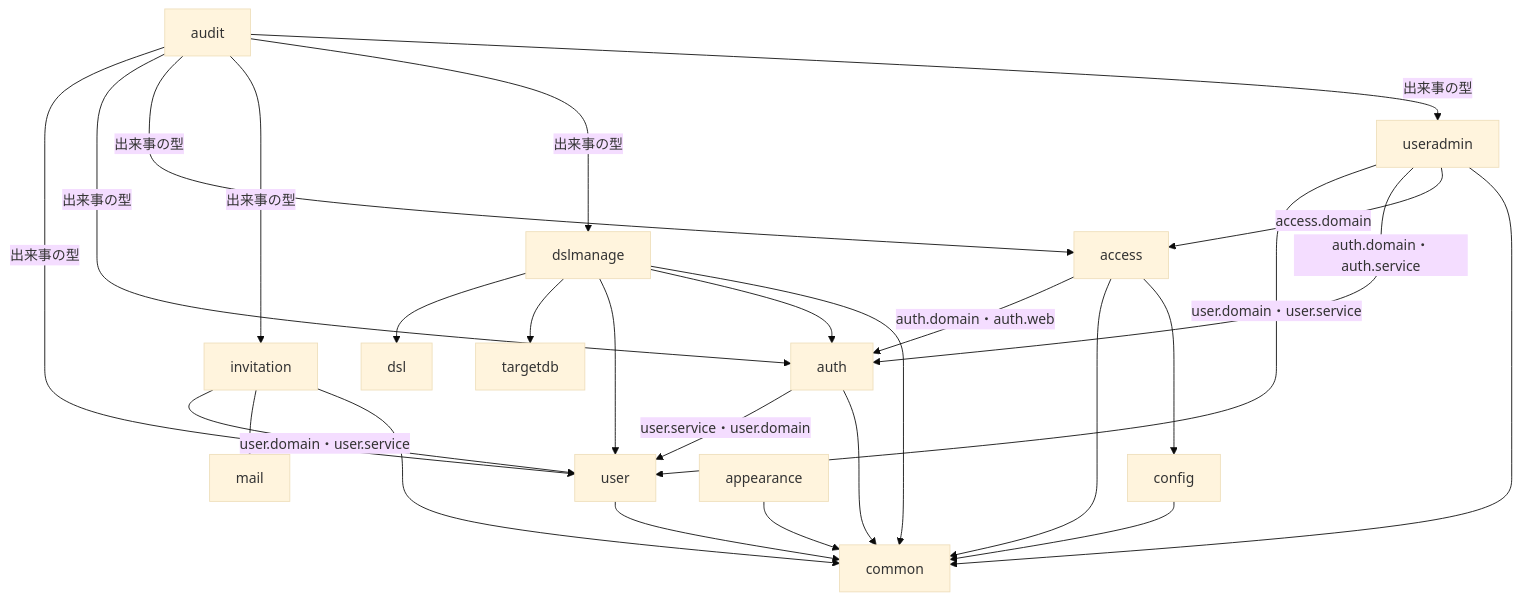
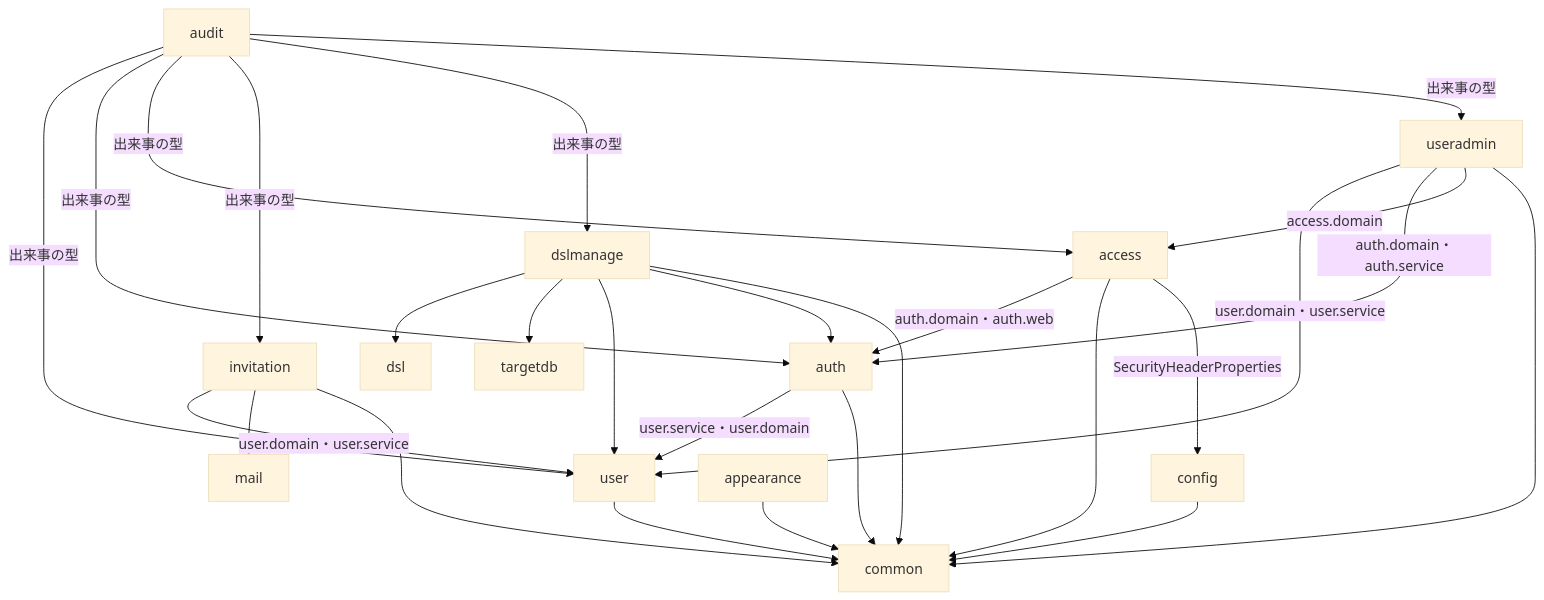
Before and after one commit to agwlvssainokuni/mastersmith2: the diagram in aidlc/spaces/default/codekb/mastersmith2/dependencies.md, drawn with Mermaid (base theme). The commit also changed other lines of this file and 16 other files, not shown here.

````diff
--- a/aidlc/spaces/default/codekb/mastersmith2/dependencies.md
+++ b/aidlc/spaces/default/codekb/mastersmith2/dependencies.md
@@ -53,29 +33,29 @@
 ```mermaid
 flowchart TD
   config --> common
   auth -- "user.service・user.domain" --> user
   auth --> common
   access -- "auth.domain・auth.web" --> auth
   access --> common
-  access --> config
+  access -- "SecurityHeaderProperties" --> config
   user --> common
   invitation -- "user.domain・user.service" --> user
   invitation --> mail
   invitation --> common
   appearance --> common
   audit -- "出来事の型" --> user
   audit -- "出来事の型" --> auth
   audit -- "出来事の型" --> access
   audit -- "出来事の型" --> invitation
   audit -- "出来事の型" --> dslmanage
   audit -- "出来事の型" --> useradmin
   dslmanage --> dsl
   dslmanage --> targetdb
   dslmanage --> user
   dslmanage --> auth
   dslmanage --> common
   useradmin -- "user.domain・user.service" --> user
   useradmin -- "auth.domain・auth.service" --> auth
   useradmin -- "access.domain" --> access
   useradmin --> common
 ```
````
